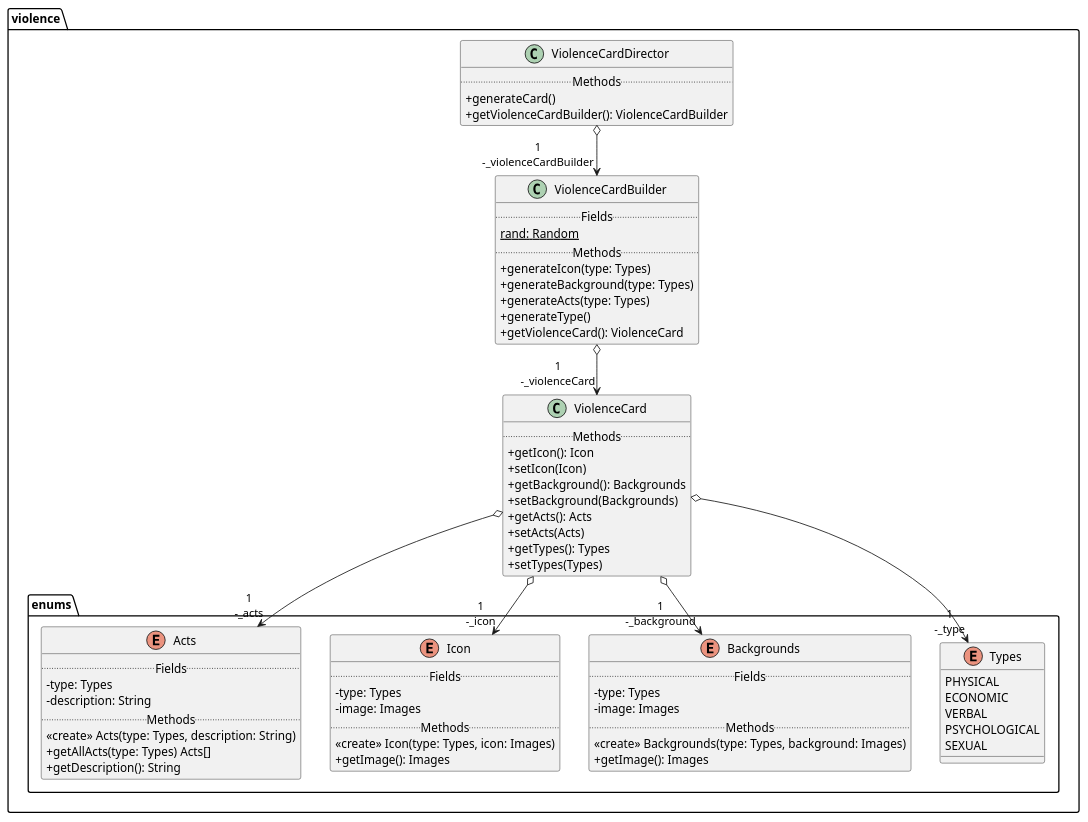
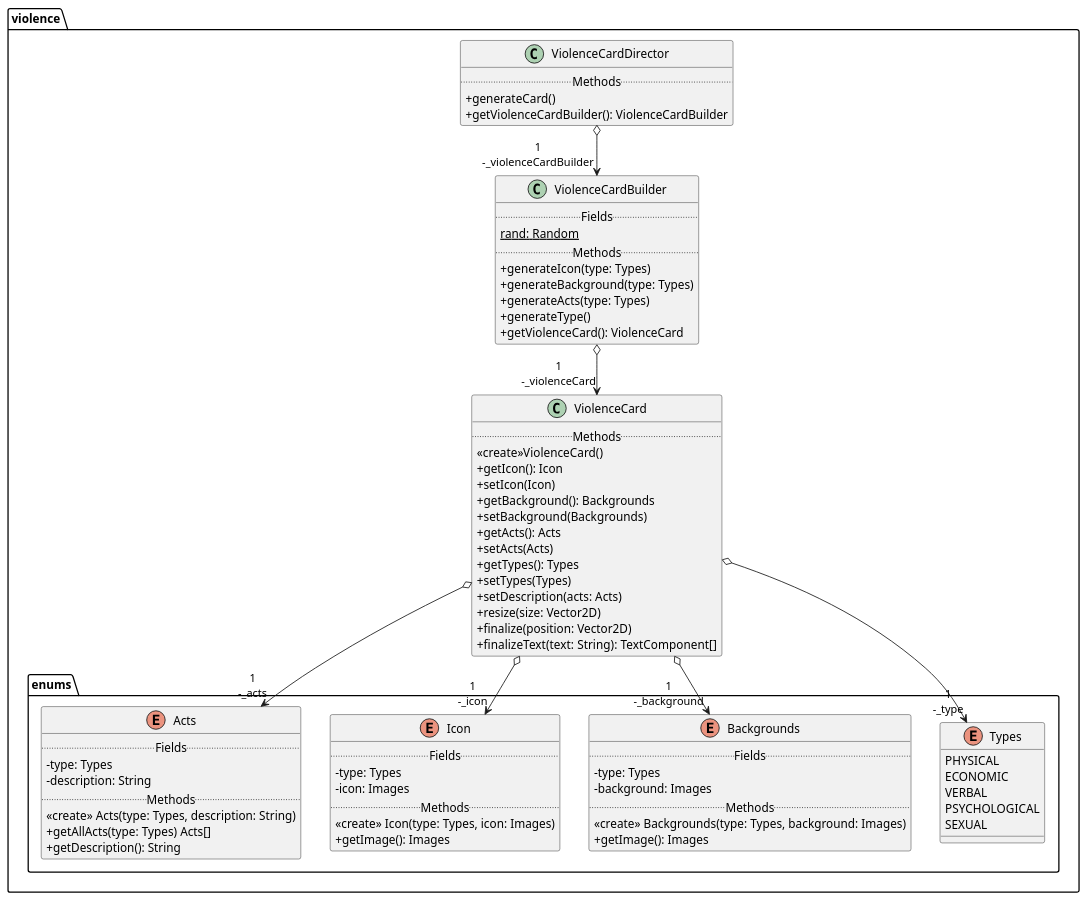
Before and after one commit to DimToups/Serious-game-about-violence: the diagram in src/main/uml/DCC_violences.puml, drawn with PlantUML. The commit also changed 7 other files, not shown here.

```diff
--- a/src/main/uml/DCC_violences.puml
+++ b/src/main/uml/DCC_violences.puml
@@ -1,73 +1,78 @@
 @startuml
 skinparam classAttributeIconSize 0
 
 package violence{
     class ViolenceCard{
         ..Methods..
+        <<create>>ViolenceCard()
         + getIcon(): Icon
         + setIcon(Icon)
         + getBackground(): Backgrounds
         +setBackground(Backgrounds)
         + getActs(): Acts
         + setActs(Acts)
         + getTypes(): Types
         + setTypes(Types)
+        + setDescription(acts: Acts)
+        + resize(size: Vector2D)
+        + finalize(position: Vector2D)
+        + finalizeText(text: String): TextComponent[]
     }
     class ViolenceCardBuilder{
         ..Fields..
         rand: Random {static}
         ..Methods..
         + generateIcon(type: Types)
         + generateBackground(type: Types)
         + generateActs(type: Types)
         + generateType()
         + getViolenceCard(): ViolenceCard
     }
     class ViolenceCardDirector {
         ..Methods..
         + generateCard()
         + getViolenceCardBuilder(): ViolenceCardBuilder
     }
     package enums {
         enum Types{
             PHYSICAL
             ECONOMIC
             VERBAL
             PSYCHOLOGICAL
             SEXUAL
         }
         enum Backgrounds{
             ..Fields..
             - type: Types
-            - image: Images
+            - background: Images
             ..Methods..
             <<create>> Backgrounds(type: Types, background: Images)
             + getImage(): Images
         }
         enum Icon{
             ..Fields..
             - type: Types
-            - image: Images
+            - icon: Images
             ..Methods..
             <<create>> Icon(type: Types, icon: Images)
             + getImage(): Images
         }
         enum Acts{
         ..Fields..
         - type: Types
         - description: String
         ..Methods..
         <<create>> Acts(type: Types, description: String)
         + getAllActs(type: Types) Acts[]
         + getDescription(): String
         }
     }
 }
 violence.ViolenceCard o-->"1\n-_icon" violence.enums.Icon
 violence.ViolenceCard o-->"1\n-_background" violence.enums.Backgrounds
 violence.ViolenceCard o-->"1\n-_acts" violence.enums.Acts
 violence.ViolenceCard o-->"1\n-_type" violence.enums.Types
 violence.ViolenceCardBuilder o-->"1\n-_violenceCard" violence.ViolenceCard
 violence.ViolenceCardDirector o-->"1\n-_violenceCardBuilder" violence.ViolenceCardBuilder
 
 @enduml
```
